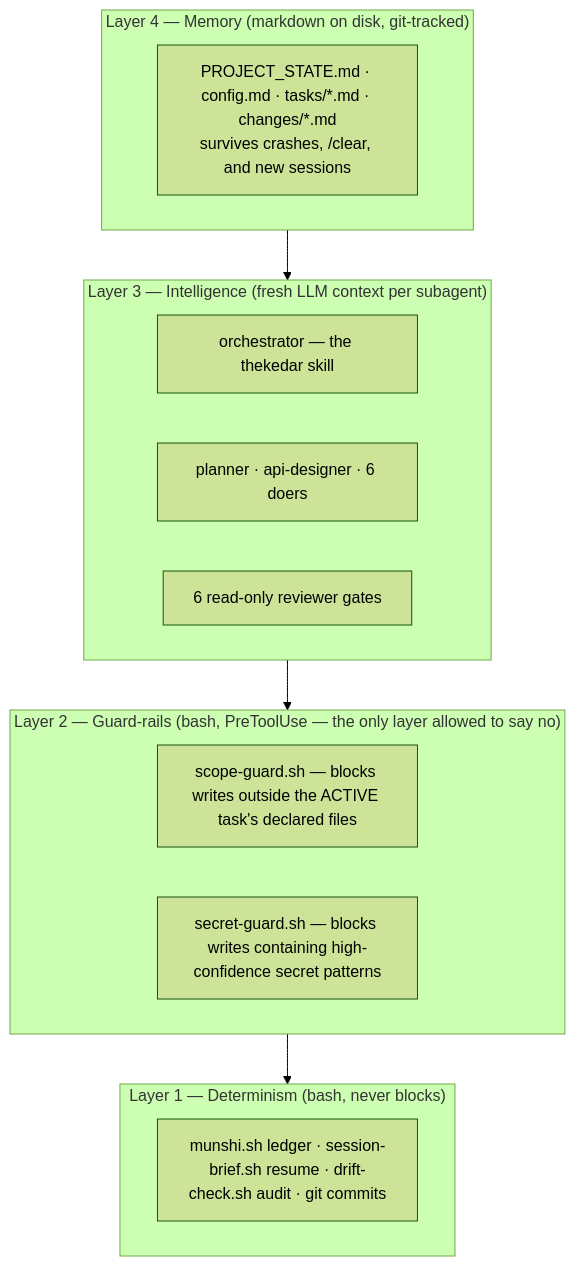
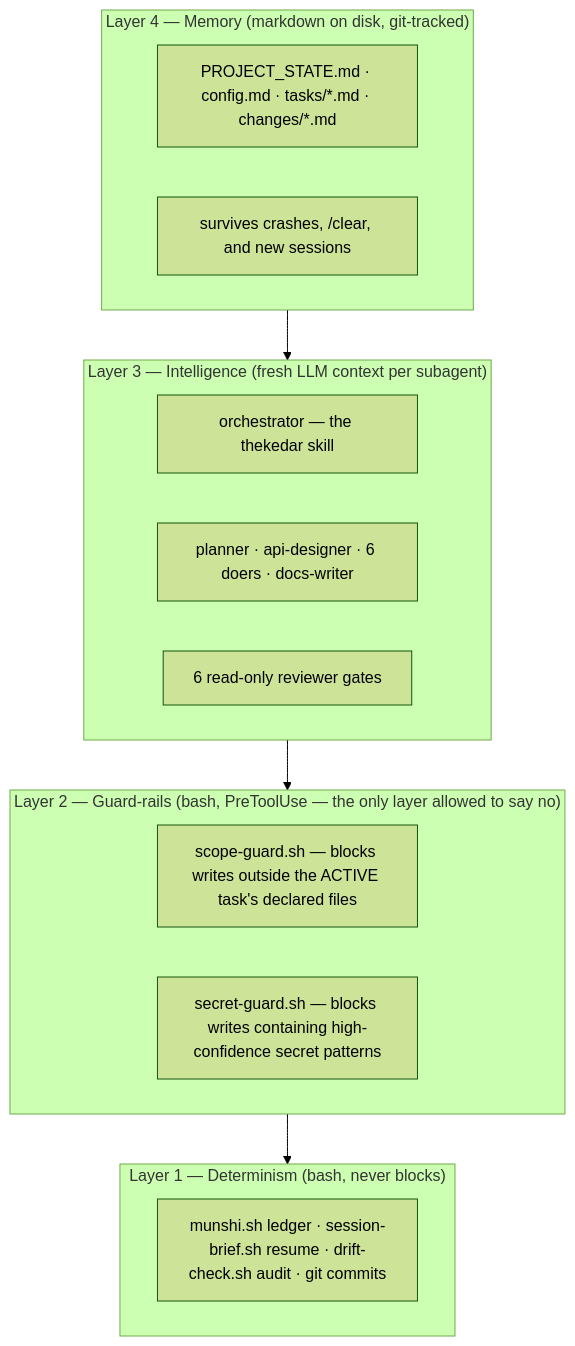
Before and after one commit to soumyachk101/Thekedar: the first of 3 diagrams in README.md, drawn with Mermaid (forest theme). The commit also changed other lines of this file and 32 other files, not shown here.

````diff
--- a/README.md
+++ b/README.md
@@ -42,19 +42,20 @@
 ```mermaid
 flowchart TB
     subgraph L4["Layer 4 — Memory  (markdown on disk, git-tracked)"]
-        L4a["PROJECT_STATE.md · config.md · tasks/*.md · changes/*.md<br/>survives crashes, /clear, and new sessions"]
+        L4a["PROJECT_STATE.md · config.md · tasks/*.md · changes/*.md"]
+        L4b["survives crashes, /clear, and new sessions"]
     end
     subgraph L3["Layer 3 — Intelligence  (fresh LLM context per subagent)"]
         L3a["orchestrator — the thekedar skill"]
-        L3b["planner · api-designer · 6 doers"]
+        L3b["planner · api-designer · 6 doers · docs-writer"]
         L3c["6 read-only reviewer gates"]
     end
     subgraph L2["Layer 2 — Guard-rails  (bash, PreToolUse — the only layer allowed to say no)"]
         L2a["scope-guard.sh — blocks writes outside the ACTIVE task's declared files"]
         L2b["secret-guard.sh — blocks writes containing high-confidence secret patterns"]
     end
     subgraph L1["Layer 1 — Determinism  (bash, never blocks)"]
         L1a["munshi.sh ledger · session-brief.sh resume · drift-check.sh audit · git commits"]
     end
     L4 --> L3 --> L2 --> L1
 ```
````
